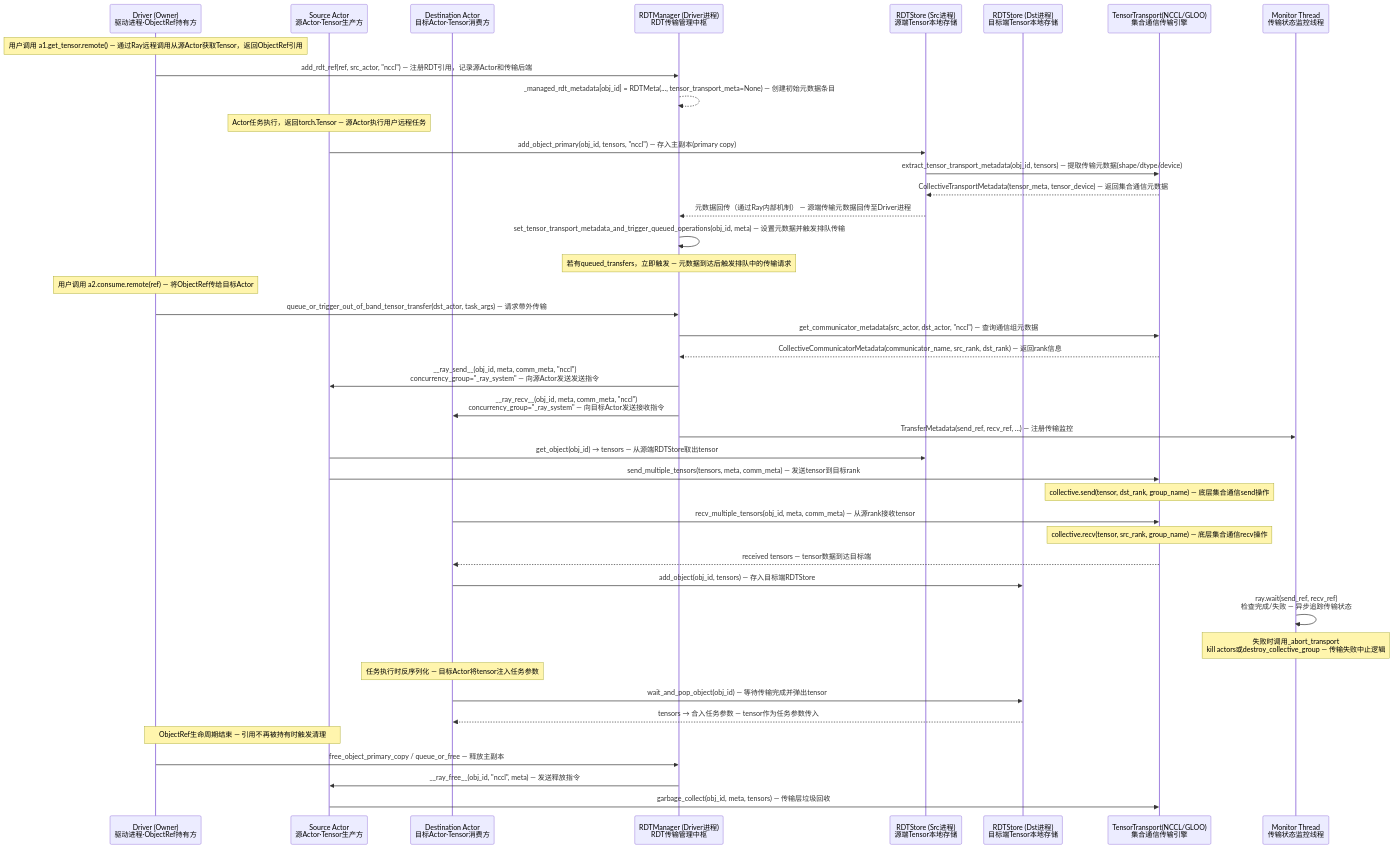
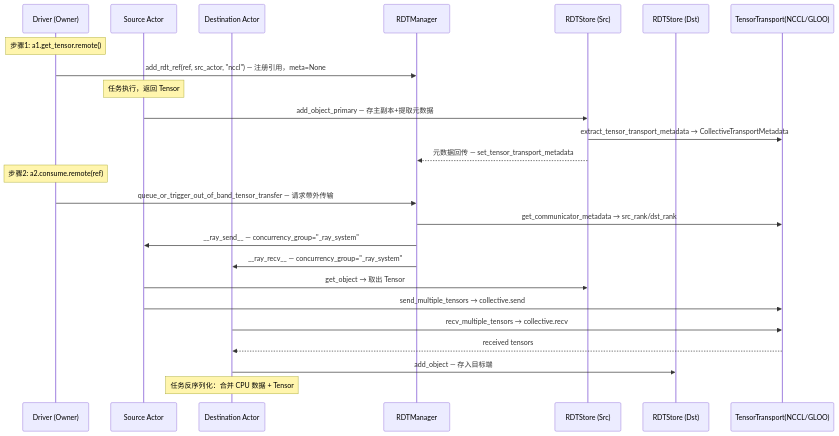
The second of 4 diagrams in doc/source/ray-core/direct-transport/rdt-architecture-analysis.md (wangguimin18-boop/ray-project), drawn with Mermaid before and after one commit. The commit also changed other lines of this file, not shown here.

Commit message:
用tech-arch-doc规范重写RDT架构分析文档：从图+注释表堆砌转为叙事驱动的What/Why/How深度写作

````diff
--- a/doc/source/ray-core/direct-transport/rdt-architecture-analysis.md
+++ b/doc/source/ray-core/direct-transport/rdt-architecture-analysis.md
@@ -481,53 +438,33 @@
 ```mermaid
 sequenceDiagram
-    participant Driver as Driver (Owner)<br>驱动进程·ObjectRef持有方
-    participant SrcActor as Source Actor<br>源Actor·Tensor生产方
-    participant DstActor as Destination Actor<br>目标Actor·Tensor消费方
-    participant RDTMgr as RDTManager (Driver进程)<br>RDT传输管理中枢
-    participant RDTStoreSrc as RDTStore (Src进程)<br>源端Tensor本地存储
-    participant RDTStoreDst as RDTStore (Dst进程)<br>目标端Tensor本地存储
-    participant Transport as TensorTransport(NCCL/GLOO)<br>集合通信传输引擎
-    participant Monitor as Monitor Thread<br>传输状态监控线程
+    participant Driver as Driver (Owner)
+    participant SrcActor as Source Actor
+    participant DstActor as Destination Actor
+    participant RDTMgr as RDTManager
+    participant RDTStoreSrc as RDTStore (Src)
+    participant RDTStoreDst as RDTStore (Dst)
+    participant Transport as TensorTransport(NCCL/GLOO)
 
-    Note over Driver: 用户调用 a1.get_tensor.remote() — 通过Ray远程调用从源Actor获取Tensor，返回ObjectRef引用
-    Driver->>RDTMgr: add_rdt_ref(ref, src_actor, "nccl") — 注册RDT引用，记录源Actor和传输后端
-    RDTMgr-->>RDTMgr: _managed_rdt_metadata[obj_id] = RDTMeta(..., tensor_transport_meta=None) — 创建初始元数据条目
+    Note over Driver: 步骤1: a1.get_tensor.remote()
+    Driver->>RDTMgr: add_rdt_ref(ref, src_actor, "nccl") — 注册引用，meta=None
 
-    Note over SrcActor: Actor任务执行，返回torch.Tensor — 源Actor执行用户远程任务
-    SrcActor->>RDTStoreSrc: add_object_primary(obj_id, tensors, "nccl") — 存入主副本(primary copy)
-    RDTStoreSrc->>Transport: extract_tensor_transport_metadata(obj_id, tensors) — 提取传输元数据(shape/dtype/device)
-    Transport-->>RDTStoreSrc: CollectiveTransportMetadata(tensor_meta, tensor_device) — 返回集合通信元数据
-    RDTStoreSrc-->>RDTMgr: 元数据回传（通过Ray内部机制） — 源端传输元数据回传至Driver进程
-    RDTMgr->>RDTMgr: set_tensor_transport_metadata_and_trigger_queued_operations(obj_id, meta) — 设置元数据并触发排队传输
-    Note over RDTMgr: 若有queued_transfers，立即触发 — 元数据到达后触发排队中的传输请求
+    Note over SrcActor: 任务执行，返回 Tensor
+    SrcActor->>RDTStoreSrc: add_object_primary — 存主副本+提取元数据
+    RDTStoreSrc->>Transport: extract_tensor_transport_metadata → CollectiveTransportMetadata
+    RDTStoreSrc-->>RDTMgr: 元数据回传 — set_tensor_transport_metadata
 
-    Note over Driver: 用户调用 a2.consume.remote(ref) — 将ObjectRef传给目标Actor
-    Driver->>RDTMgr: queue_or_trigger_out_of_band_tensor_transfer(dst_actor, task_args) — 请求带外传输
-    RDTMgr->>Transport: get_communicator_metadata(src_actor, dst_actor, "nccl") — 查询通信组元数据
-    Transport-->>RDTMgr: CollectiveCommunicatorMetadata(communicator_name, src_rank, dst_rank) — 返回rank信息
+    Note over Driver: 步骤2: a2.consume.remote(ref)
+    Driver->>RDTMgr: queue_or_trigger_out_of_band_tensor_transfer — 请求带外传输
+    RDTMgr->>Transport: get_communicator_metadata → src_rank/dst_rank
 
-    RDTMgr->>SrcActor: __ray_send__(obj_id, meta, comm_meta, "nccl")<br>concurrency_group="_ray_system" — 向源Actor发送发送指令
-    RDTMgr->>DstActor: __ray_recv__(obj_id, meta, comm_meta, "nccl")<br>concurrency_group="_ray_system" — 向目标Actor发送接收指令
-    RDTMgr->>Monitor: TransferMetadata(send_ref, recv_ref, ...) — 注册传输监控
+    RDTMgr->>SrcActor: __ray_send__ — concurrency_group="_ray_system"
+    RDTMgr->>DstActor: __ray_recv__ — concurrency_group="_ray_system"
 
-    SrcActor->>RDTStoreSrc: get_object(obj_id) → tensors — 从源端RDTStore取出tensor
-    SrcActor->>Transport: send_multiple_tensors(tensors, meta, comm_meta) — 发送tensor到目标rank
-    Note over Transport: collective.send(tensor, dst_rank, group_name) — 底层集合通信send操作
+    SrcActor->>RDTStoreSrc: get_object → 取出 Tensor
+    SrcActor->>Transport: send_multiple_tensors → collective.send
+    DstActor->>Transport: recv_multiple_tensors → collective.recv
+    Transport-->>DstActor: received tensors
+    DstActor->>RDTStoreDst: add_object — 存入目标端
 
-    DstActor->>Transport: recv_multiple_tensors(obj_id, meta, comm_meta) — 从源rank接收tensor
-    Note over Transport: collective.recv(tensor, src_rank, group_name) — 底层集合通信recv操作
-    Transport-->>DstActor: received tensors — tensor数据到达目标端
-    DstActor->>RDTStoreDst: add_object(obj_id, tensors) — 存入目标端RDTStore
-
-    Monitor->>Monitor: ray.wait(send_ref, recv_ref)<br>检查完成/失败 — 异步追踪传输状态
-    Note over Monitor: 失败时调用_abort_transport<br>kill actors或destroy_collective_group — 传输失败中止逻辑
-
-    Note over DstActor: 任务执行时反序列化 — 目标Actor将tensor注入任务参数
-    DstActor->>RDTStoreDst: wait_and_pop_object(obj_id) — 等待传输完成并弹出tensor
-    RDTStoreDst-->>DstActor: tensors → 合入任务参数 — tensor作为任务参数传入
-
-    Note over Driver,SrcActor: ObjectRef生命周期结束 — 引用不再被持有时触发清理
-    Driver->>RDTMgr: free_object_primary_copy / queue_or_free — 释放主副本
-    RDTMgr->>SrcActor: __ray_free__(obj_id, "nccl", meta) — 发送释放指令
-    SrcActor->>Transport: garbage_collect(obj_id, meta, tensors) — 传输层垃圾回收
+    Note over DstActor: 任务反序列化：合并 CPU 数据 + Tensor
 ```
````
